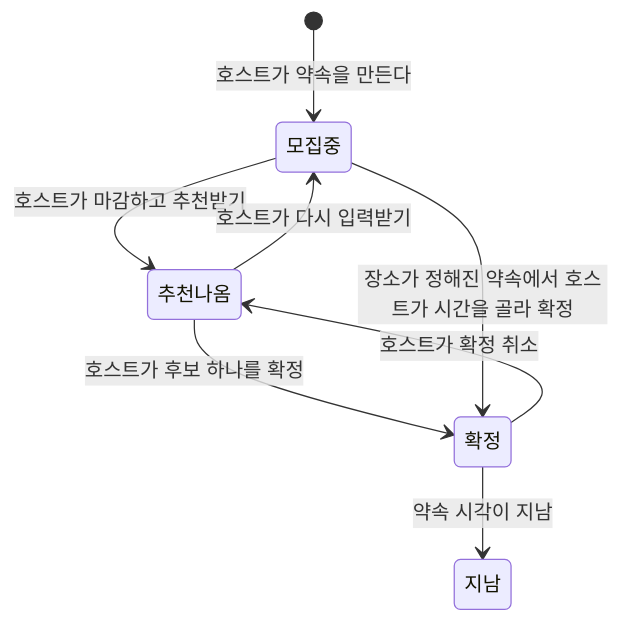
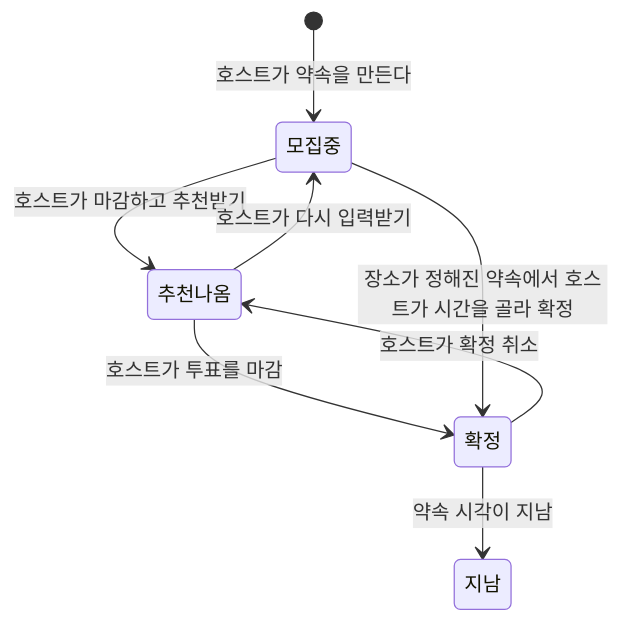
Before and after one commit to Imgaic/moa-app: the first of 2 diagrams in docs/user-flow.md, drawn with Mermaid. The commit also changed other lines of this file, not shown here.

````diff
--- a/docs/user-flow.md
+++ b/docs/user-flow.md
@@ -61,10 +63,10 @@
 ```mermaid
 stateDiagram-v2
   [*] --> 모집중: 호스트가 약속을 만든다
   모집중 --> 추천나옴: 호스트가 마감하고 추천받기
   추천나옴 --> 모집중: 호스트가 다시 입력받기
-  추천나옴 --> 확정: 호스트가 후보 하나를 확정
+  추천나옴 --> 확정: 호스트가 투표를 마감
   모집중 --> 확정: 장소가 정해진 약속에서 호스트가 시간을 골라 확정
   확정 --> 추천나옴: 호스트가 확정 취소
   확정 --> 지남: 약속 시각이 지남
 ```
````
